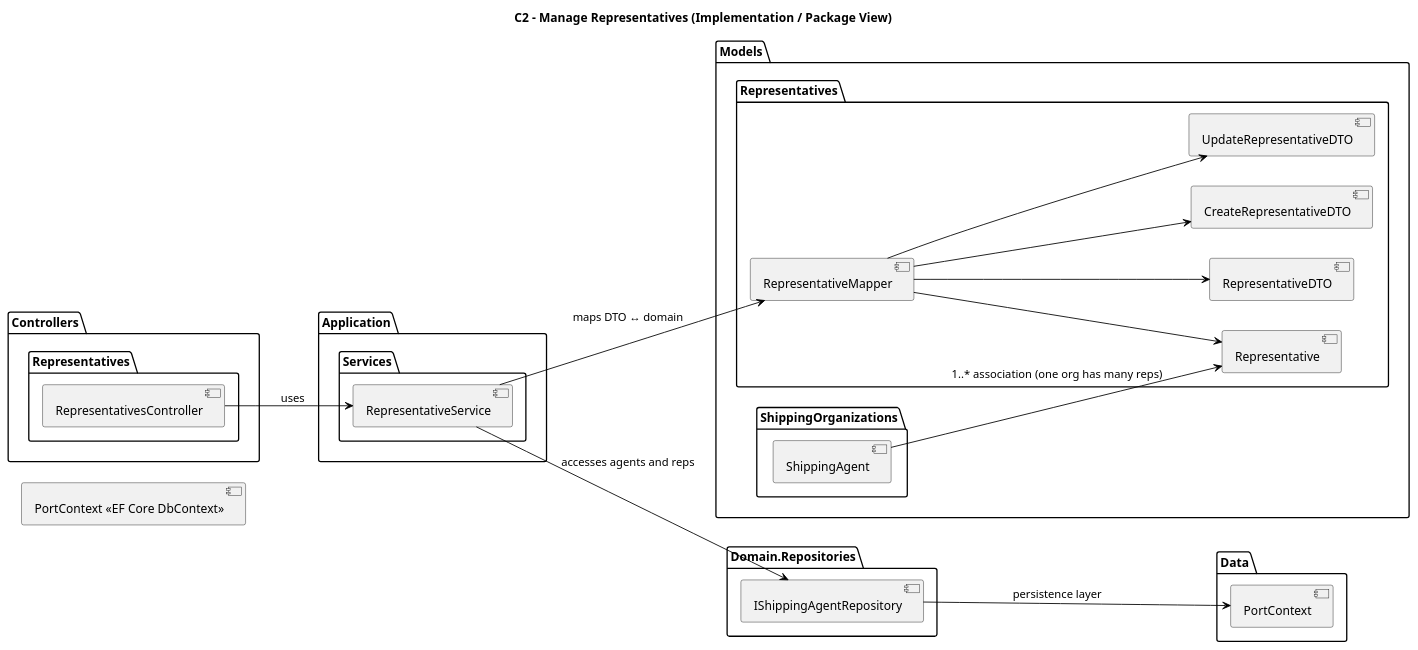
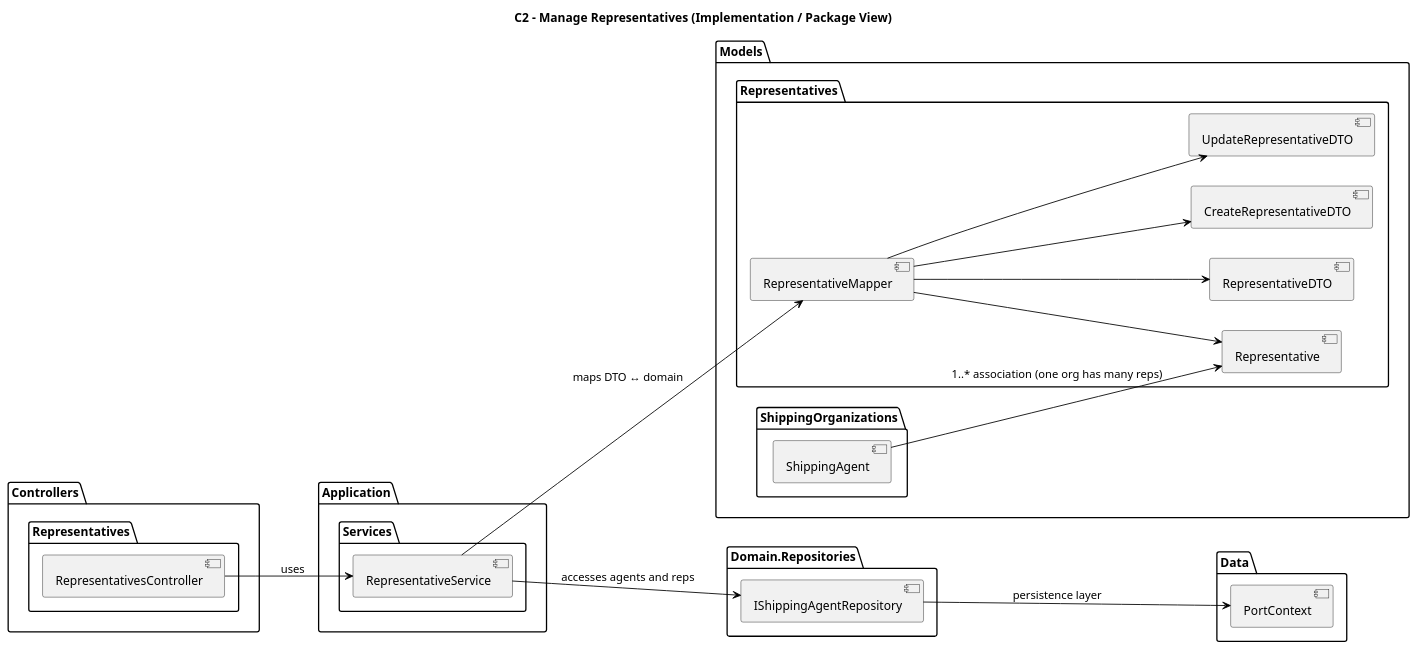
One commit to Departamento-de-Engenharia-Informatica/LEI-SEM5-PI-2025-26-3DM-03 changed the diagram in Docs/Sprint A/US 2.2.6/Modelo c4/C2_impl.puml. Above: the diagram before and after it, drawn with PlantUML. The commit also changed 12 other files, not shown here.

```diff
--- a/Docs/Sprint A/US 2.2.6/Modelo c4/C2_impl.puml
+++ b/Docs/Sprint A/US 2.2.6/Modelo c4/C2_impl.puml
@@ -1,78 +1,77 @@
 @startuml C2_Manage_Representatives_Implementation_View
 title C2 – Manage Representatives (Implementation / Package View)
 left to right direction
 hide empty members
 
 skinparam package {
   BackgroundColor White
   BorderColor Black
   FontColor Black
   FontStyle bold
 }
 skinparam arrow {
   Color Black
 }
 
 ' ======================
 ' Packages (side by side)
 ' ======================
 
 together {
   package "Controllers" as P_Controllers {
     package "Representatives" as P_Controllers_Rep {
       [RepresentativesController]
     }
   }
 }
 
 together {
   package "Models" as P_Models {
     package "Representatives" as P_Models_Rep {
       [Representative]
       [RepresentativeDTO]
       [CreateRepresentativeDTO]
       [UpdateRepresentativeDTO]
       [RepresentativeMapper]
     }
 
     package "ShippingOrganizations" as P_Models_Shipping {
       [ShippingAgent]
     }
   }
 }
 
 together {
   package "Data" as P_Data {
     [PortContext]
   }
 }
 
 package "Application" as P_App {
   package "Services" as P_App_Services {
       [RepresentativeService]
   }
 }
 
 package "Domain.Repositories" as P_Repos {
     [IShippingAgentRepository]
 }
 
 ' ======================
 ' Dependencies
 ' ======================
 
-[PortContext <<EF Core DbContext>>]
 
 [RepresentativesController] --> [RepresentativeService] : uses
 [RepresentativeService] --> [IShippingAgentRepository] : accesses agents and reps
 [RepresentativeService] --> [RepresentativeMapper] : maps DTO ↔ domain
 [IShippingAgentRepository] --> [PortContext] : persistence layer
 
 [RepresentativeMapper] --> [Representative]
 [RepresentativeMapper] --> [RepresentativeDTO]
 [RepresentativeMapper] --> [CreateRepresentativeDTO]
 [RepresentativeMapper] --> [UpdateRepresentativeDTO]
 
 [ShippingAgent] --> [Representative] : 1..* association (one org has many reps)
 
 @enduml
```
